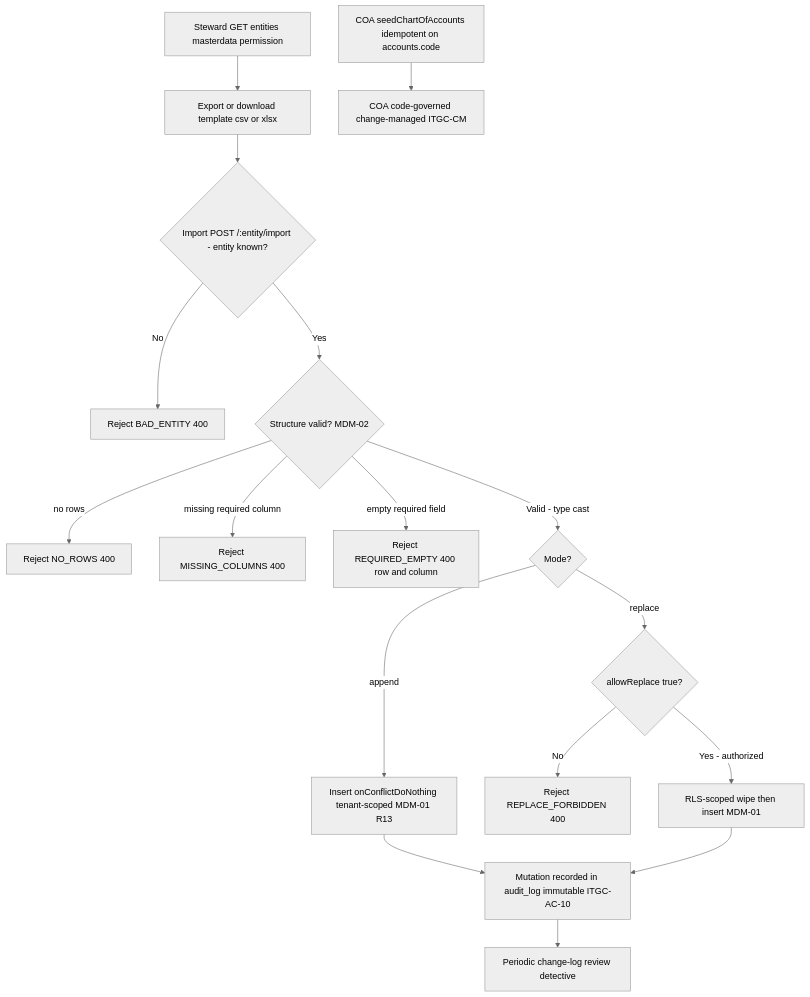
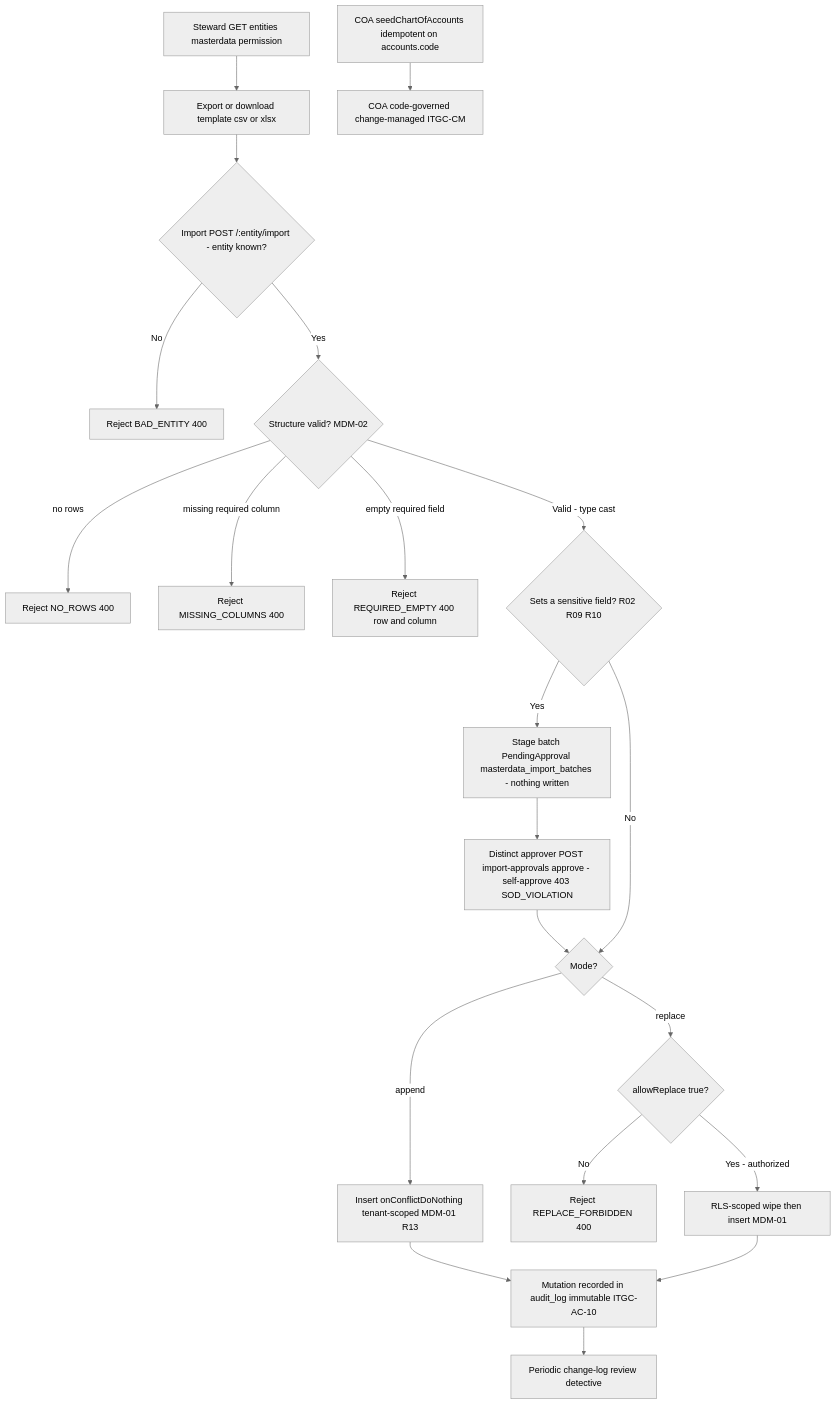
One commit to wayla69/invisibleERP changed the diagram in docs/process-narratives/17-master-data-management.md. Above: the diagram before and after it, drawn with Mermaid (neutral theme). The commit also changed other lines of this file and 15 other files, not shown here.

First line of the commit message:
feat(masterdata): sensitive-field bulk-import maker-checker (audit G5+G8)

````diff
--- a/docs/process-narratives/17-master-data-management.md
+++ b/docs/process-narratives/17-master-data-management.md
@@ -84,19 +86,23 @@
 ```mermaid
 flowchart TD
     A[Steward GET entities masterdata permission] --> B[Export or download template csv or xlsx]
     B --> C{Import POST /:entity/import - entity known?}
     C -- "No" --> C1[Reject BAD_ENTITY 400]
     C -- "Yes" --> D{Structure valid? MDM-02}
     D -- "no rows" --> D1[Reject NO_ROWS 400]
     D -- "missing required column" --> D2[Reject MISSING_COLUMNS 400]
     D -- "empty required field" --> D3[Reject REQUIRED_EMPTY 400 row and column]
-    D -- "Valid - type cast" --> E{Mode?}
+    D -- "Valid - type cast" --> SF{Sets a sensitive field? R02 R09 R10}
+    SF -- "Yes" --> ST[Stage batch PendingApproval masterdata_import_batches - nothing written]
+    ST --> AP[Distinct approver POST import-approvals approve - self-approve 403 SOD_VIOLATION]
+    AP --> E{Mode?}
+    SF -- "No" --> E{Mode?}
     E -- "append" --> F[Insert onConflictDoNothing tenant-scoped MDM-01 R13]
     E -- "replace" --> G{allowReplace true?}
     G -- "No" --> G1[Reject REPLACE_FORBIDDEN 400]
     G -- "Yes - authorized" --> H[RLS-scoped wipe then insert MDM-01]
     F --> I[Mutation recorded in audit_log immutable ITGC-AC-10]
     H --> I
     I --> J[Periodic change-log review detective]
     K[COA seedChartOfAccounts idempotent on accounts.code] --> L[COA code-governed change-managed ITGC-CM]
 ```
````
